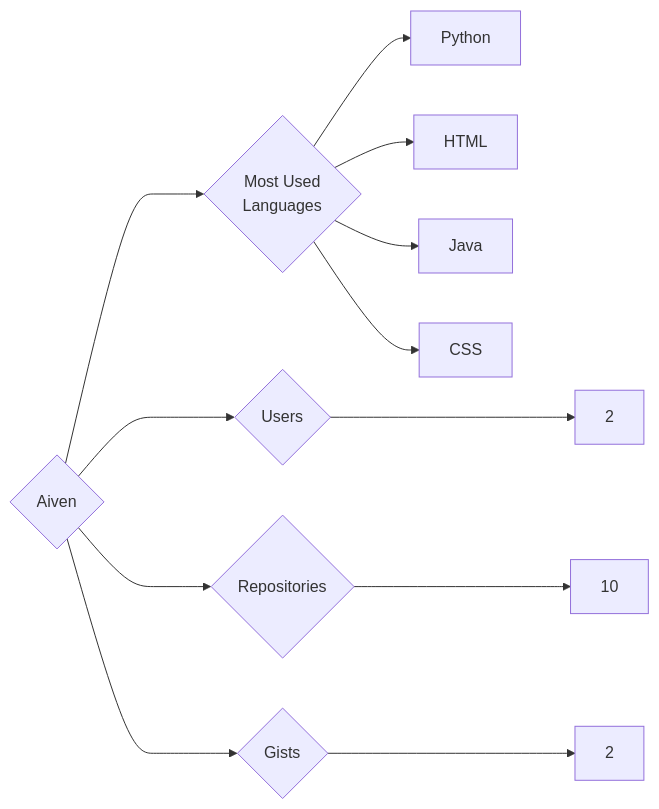
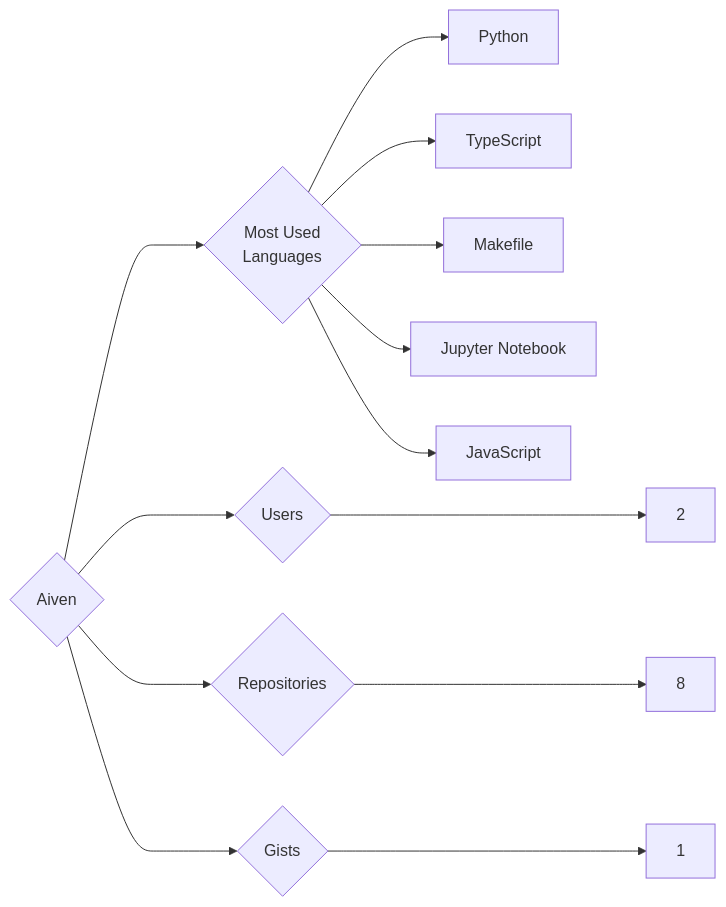
Before and after one commit to trickest/insiders: the diagram in targets/Aiven/README.md, drawn with Mermaid. The commit also changed 857 other files, not shown here.

````diff
--- a/targets/Aiven/README.md
+++ b/targets/Aiven/README.md
@@ -3,12 +3,13 @@
 ```mermaid
 graph LR
 COMPANY_NAME{Aiven}
 COMPANY_NAME ---> U{Users} ---> UN[2]
-COMPANY_NAME ---> R{Repositories} ---> RN[10]
-COMPANY_NAME ---> G{Gists} ---> GN[2]
+COMPANY_NAME ---> R{Repositories} ---> RN[8]
+COMPANY_NAME ---> G{Gists} ---> GN[1]
 COMPANY_NAME ---> ML{Most Used<br>Languages}
 ML --> Python[Python]
-ML --> HTML[HTML]
-ML --> Java[Java]
-ML --> CSS[CSS]
+ML --> TypeScript[TypeScript]
+ML --> Makefile[Makefile]
+ML --> Jupyter_Notebook[Jupyter Notebook]
+ML --> JavaScript[JavaScript]
 ```
````
